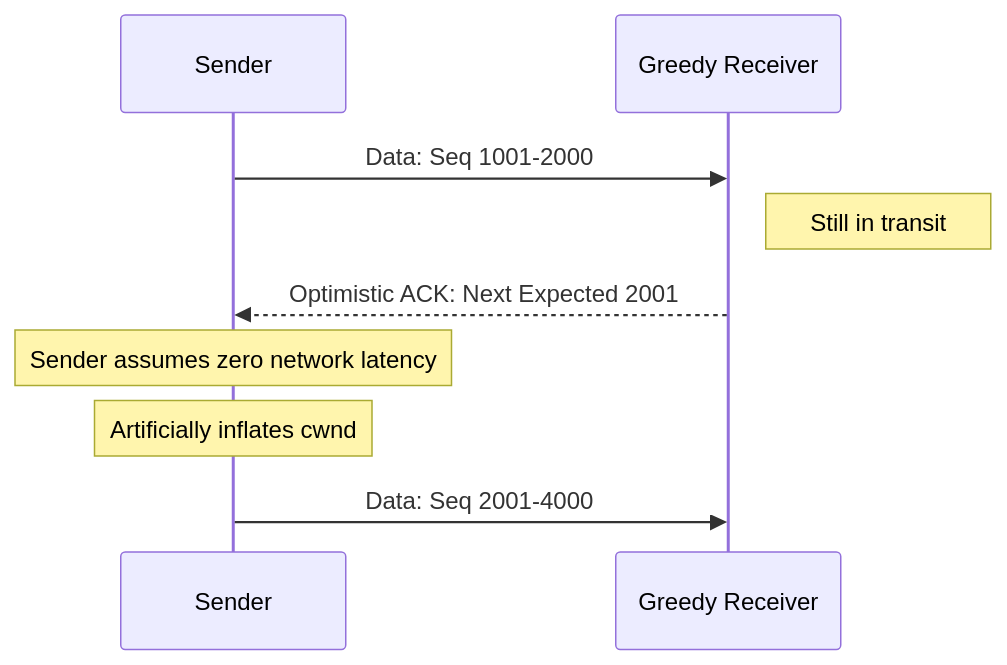
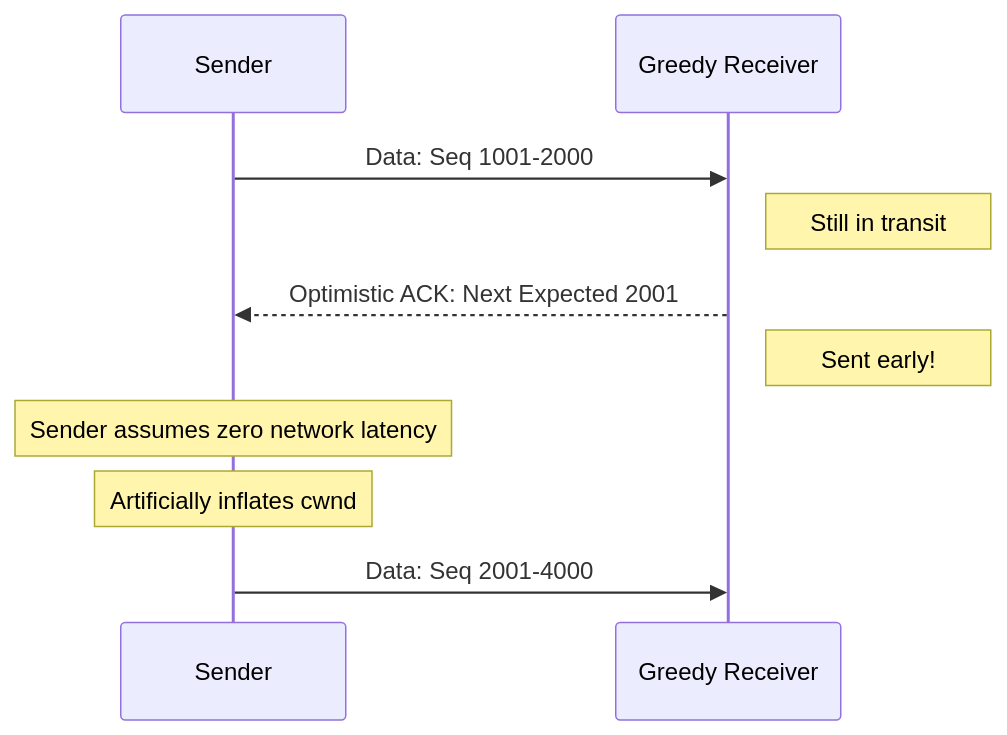
Before and after one commit to Matheus-de-Mello-Vieira/backend-knowledge: the third of 3 diagrams in Networking/02 Protocols/05 TCP.md, drawn with Mermaid. The commit also changed other lines of this file, not shown here.

Commit message:
Restore preserved TCP diagram annotation

````diff
--- a/Networking/02 Protocols/05 TCP.md
+++ b/Networking/02 Protocols/05 TCP.md
@@ -193,14 +193,16 @@
 ```mermaid
 sequenceDiagram
     participant Sender
     participant Receiver as Greedy Receiver
 
     Sender->>Receiver: Data: Seq 1001-2000
     Note right of Receiver: Still in transit
 
     Receiver-->>Sender: Optimistic ACK: Next Expected 2001
+    Note right of Receiver: Sent early!
+
     Note over Sender: Sender assumes zero network latency
     Note over Sender: Artificially inflates cwnd
 
     Sender->>Receiver: Data: Seq 2001-4000 
 ```
````
